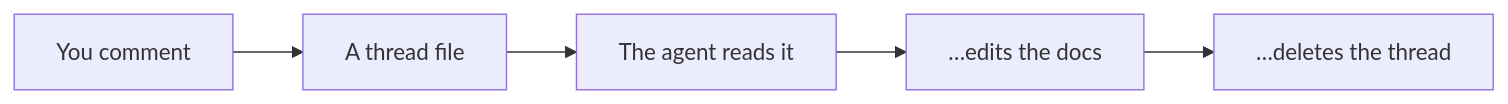
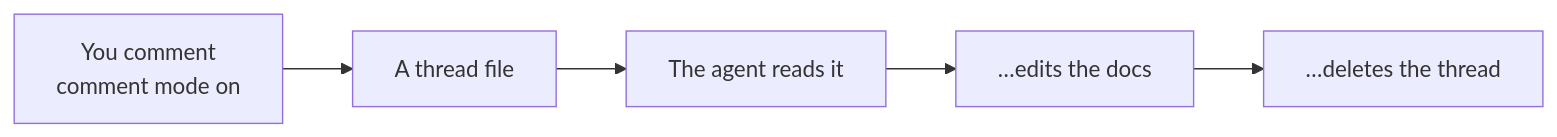
One commit to andrei512/devpage changed the diagram in docs/talks/devpage/comments.md. Above: the diagram before and after it, drawn with Mermaid. The commit also changed 18 other files, not shown here.

First line of the commit message:
Comment mode switch, and frame ids that can't clash with headings

````diff
--- a/docs/talks/devpage/comments.md
+++ b/docs/talks/devpage/comments.md
@@ -3,9 +3,9 @@
 ```mermaid
 flowchart LR
-  you["You comment"] --> file["A thread file"]
+  you["You comment<br/>comment mode on"] --> file["A thread file"]
   file --> agent["The agent reads it"]
   agent --> docs["…edits the docs"]
   docs --> done["…deletes the thread"]
   click you href "../../boxes/viewer/comments/README.md#commenting" "Commenting"
   click file href "../../boxes/viewer/comments/README.md#the-comment-store" "The comment store"
 ```
````
